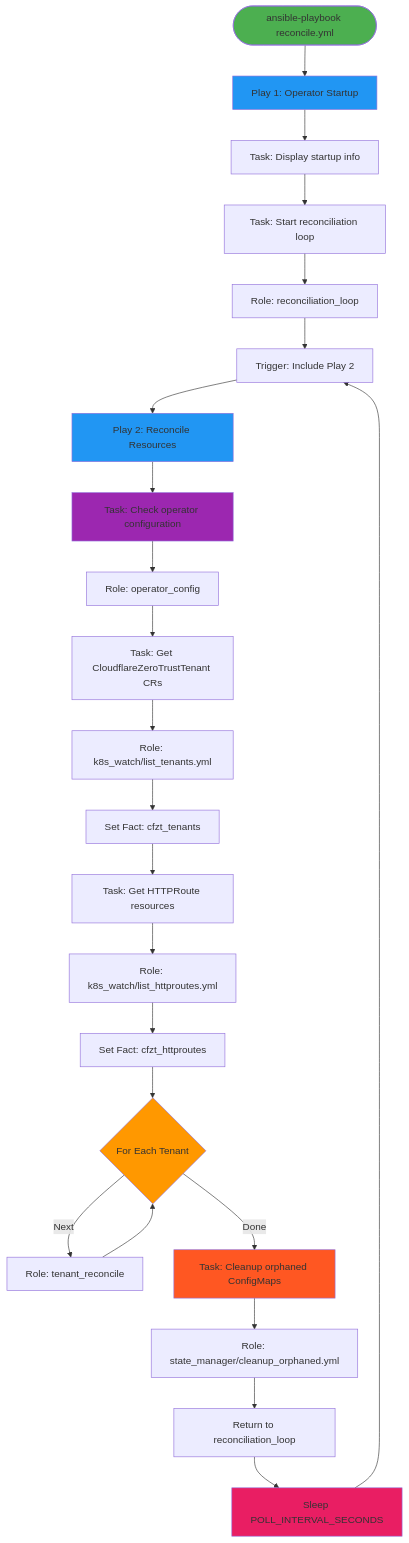
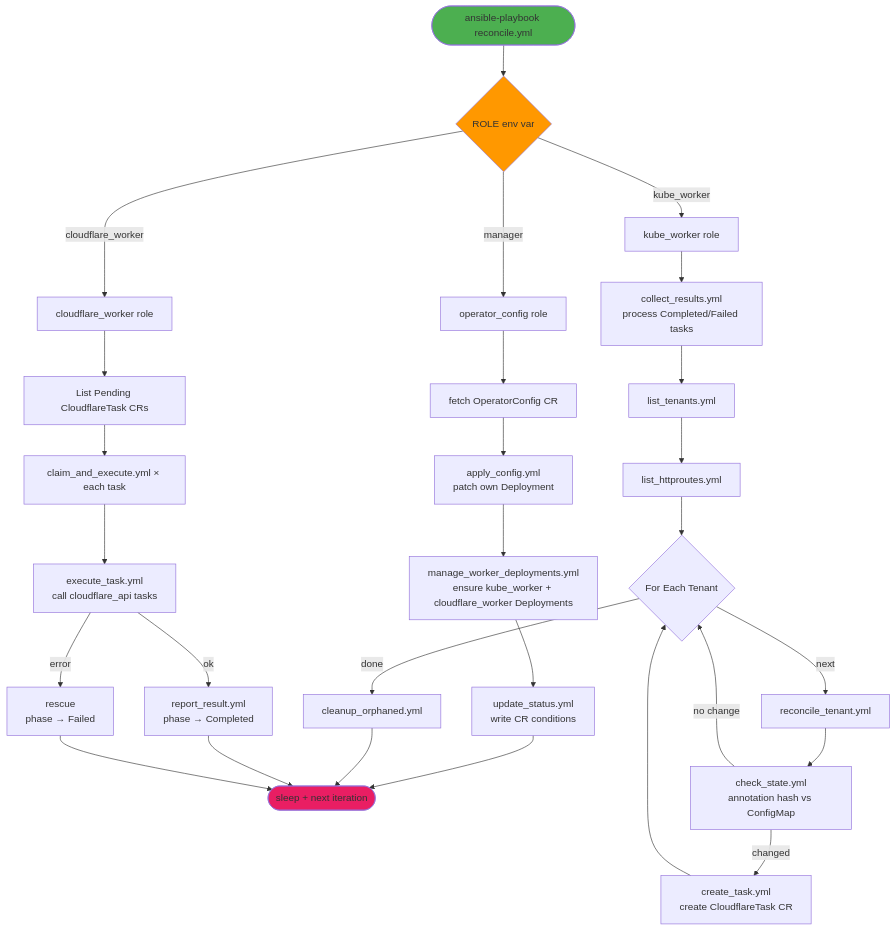
Before and after one commit to wheetazlab/cloudflare-zero-trust-operator: the third of 9 diagrams in docs/flow.md, drawn with Mermaid. The commit also changed other lines of this file and 1 other file, not shown here.

````diff
--- a/docs/flow.md
+++ b/docs/flow.md
@@ -369,45 +371,37 @@
 ```mermaid
 flowchart TD
-    START([ansible-playbook reconcile.yml]) --> PLAY1[Play 1: Operator Startup]
-    
-    PLAY1 --> TASK1[Task: Display startup info]
-    TASK1 --> TASK2[Task: Start reconciliation loop]
-    
-    TASK2 --> LOOP_ROLE[Role: reconciliation_loop]
-    
-    LOOP_ROLE --> TRIGGER[Trigger: Include Play 2]
-    
-    TRIGGER --> PLAY2[Play 2: Reconcile Resources]
-    
-    PLAY2 --> OP_CONFIG[Task: Check operator configuration]
-    OP_CONFIG --> ROLE_OP_CONFIG[Role: operator_config]
-    ROLE_OP_CONFIG --> K8S_TENANTS[Task: Get CloudflareZeroTrustTenant CRs]
-    
-    K8S_TENANTS --> ROLE_K8S_T[Role: k8s_watch/list_tenants.yml]
-    ROLE_K8S_T --> SET_TENANTS[Set Fact: cfzt_tenants]
-    
-    SET_TENANTS --> K8S_IR[Task: Get HTTPRoute resources]
-    K8S_IR --> ROLE_K8S_IR[Role: k8s_watch/list_httproutes.yml]
-    ROLE_K8S_IR --> SET_IR[Set Fact: cfzt_httproutes]
-    
-    SET_IR --> TENANT_LOOP{For Each Tenant}
-    
-    TENANT_LOOP -->|Next| ROLE_RECON[Role: tenant_reconcile]
-    TENANT_LOOP -->|Done| CLEANUP[Task: Cleanup orphaned ConfigMaps]
-    
-    ROLE_RECON --> TENANT_LOOP
-    
-    CLEANUP --> ROLE_CLEANUP[Role: state_manager/cleanup_orphaned.yml]
-    ROLE_CLEANUP --> RETURN[Return to reconciliation_loop]
-    
-    RETURN --> SLEEP[Sleep POLL_INTERVAL_SECONDS]
-    SLEEP --> TRIGGER
-    
+    START([ansible-playbook reconcile.yml]) --> ROLE_CHECK{ROLE env var}
+
+    ROLE_CHECK -->|manager| MGR[operator_config role]
+    MGR --> MGR1[fetch OperatorConfig CR]
+    MGR1 --> MGR2[apply_config.yml<br/>patch own Deployment]
+    MGR2 --> MGR3[manage_worker_deployments.yml<br/>ensure kube_worker + cloudflare_worker Deployments]
+    MGR3 --> MGR4[update_status.yml<br/>write CR conditions]
+    MGR4 --> DONE([sleep + next iteration])
+
+    ROLE_CHECK -->|kube_worker| KW[kube_worker role]
+    KW --> KW1[collect_results.yml<br/>process Completed/Failed tasks]
+    KW1 --> KW2[list_tenants.yml]
+    KW2 --> KW3[list_httproutes.yml]
+    KW3 --> KW4{For Each Tenant}
+    KW4 -->|next| KW5[reconcile_tenant.yml]
+    KW5 --> KW6[check_state.yml<br/>annotation hash vs ConfigMap]
+    KW6 -->|changed| KW7[create_task.yml<br/>create CloudflareTask CR]
+    KW6 -->|no change| KW4
+    KW7 --> KW4
+    KW4 -->|done| KW8[cleanup_orphaned.yml]
+    KW8 --> DONE
+
+    ROLE_CHECK -->|cloudflare_worker| CW[cloudflare_worker role]
+    CW --> CW1[List Pending CloudflareTask CRs]
+    CW1 --> CW2[claim_and_execute.yml × each task]
+    CW2 --> CW3[execute_task.yml<br/>call cloudflare_api tasks]
+    CW3 -->|ok| CW4[report_result.yml<br/>phase → Completed]
+    CW3 -->|error| CW5[rescue<br/>phase → Failed]
+    CW4 --> DONE
+    CW5 --> DONE
+
     style START fill:#4CAF50
-    style PLAY1 fill:#2196F3
-    style PLAY2 fill:#2196F3
-    style OP_CONFIG fill:#9C27B0
-    style TENANT_LOOP fill:#FF9800
-    style CLEANUP fill:#FF5722
-    style SLEEP fill:#E91E63
+    style DONE fill:#E91E63
+    style ROLE_CHECK fill:#FF9800
 ```
````
